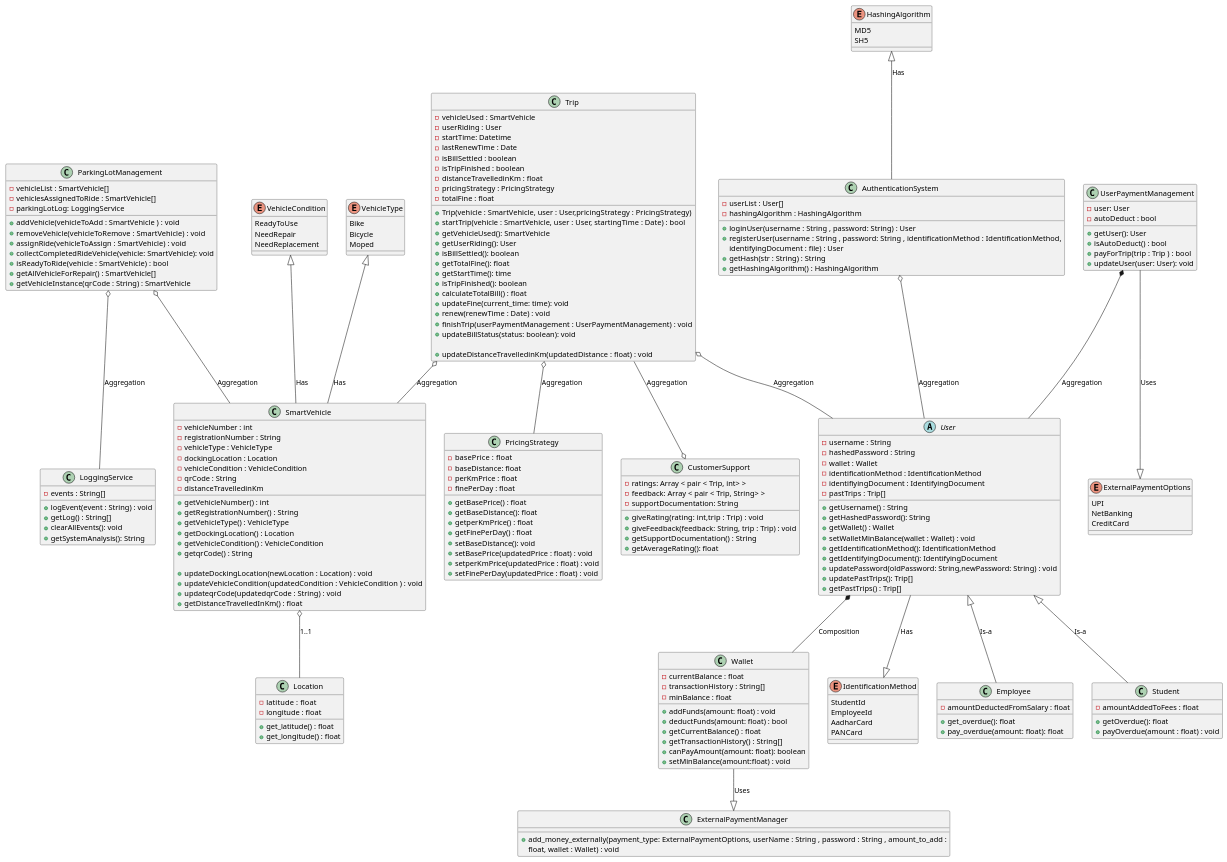
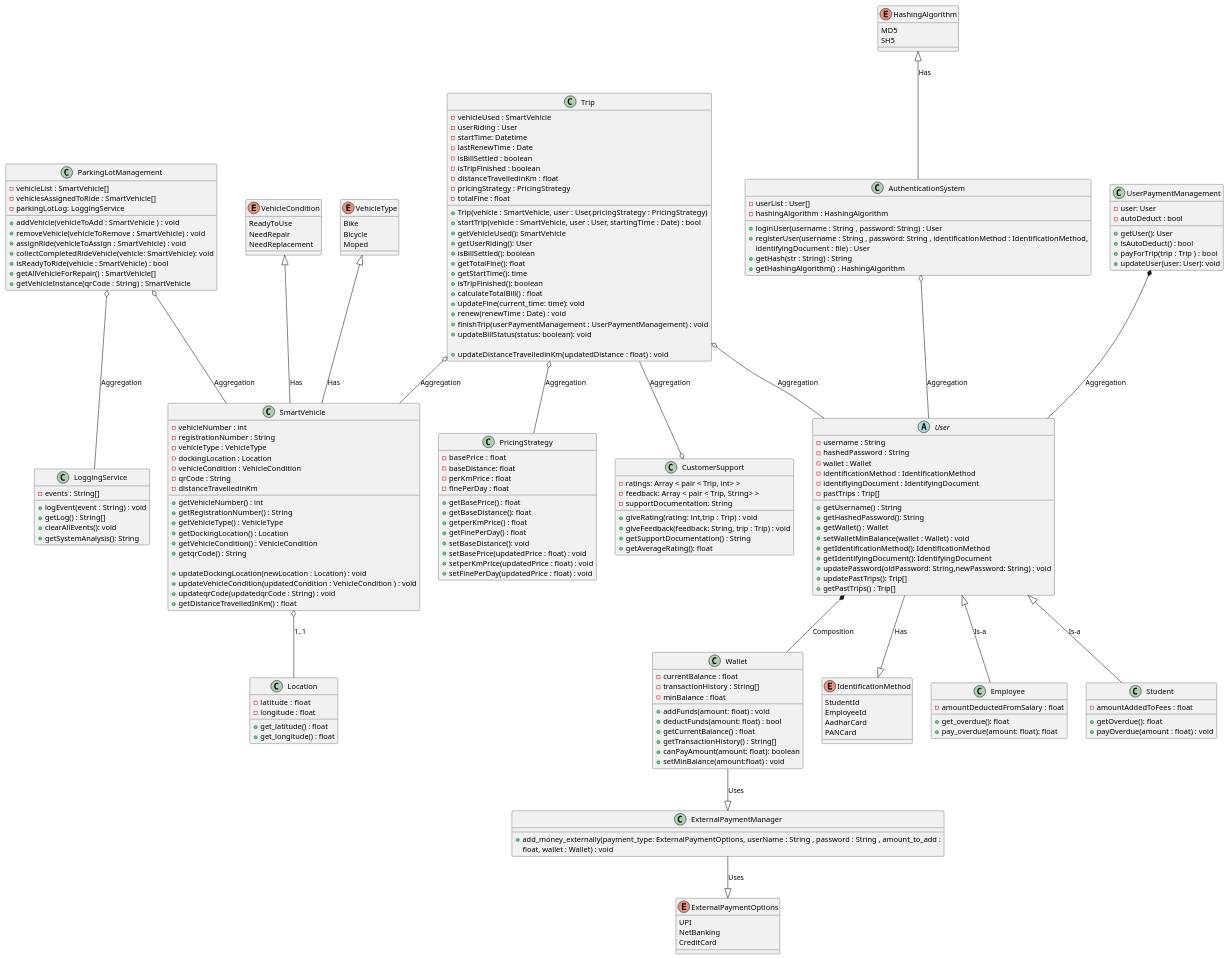
One commit to zetapii/SoftwareEngineering-Assignment-1 changed the diagram in class_diagram.puml. Above: the diagram before and after it, drawn with PlantUML. The commit also changed 1 other file, not shown here.

Commit message:
uml updated

```diff
--- a/class_diagram.puml
+++ b/class_diagram.puml
@@ -279,7 +279,7 @@
 Trip o-- SmartVehicle  : Aggregation
 Trip o-- User : Aggregation
 Trip --o CustomerSupport : Aggregation
-UserPaymentManagement --|> ExternalPaymentOptions : Uses
+ExternalPaymentManager --|> ExternalPaymentOptions : Uses
 AuthenticationSystem o-- User: Aggregation
 HashingAlgorithm <|-- AuthenticationSystem : Has
 Wallet --|> ExternalPaymentManager: Uses
```
